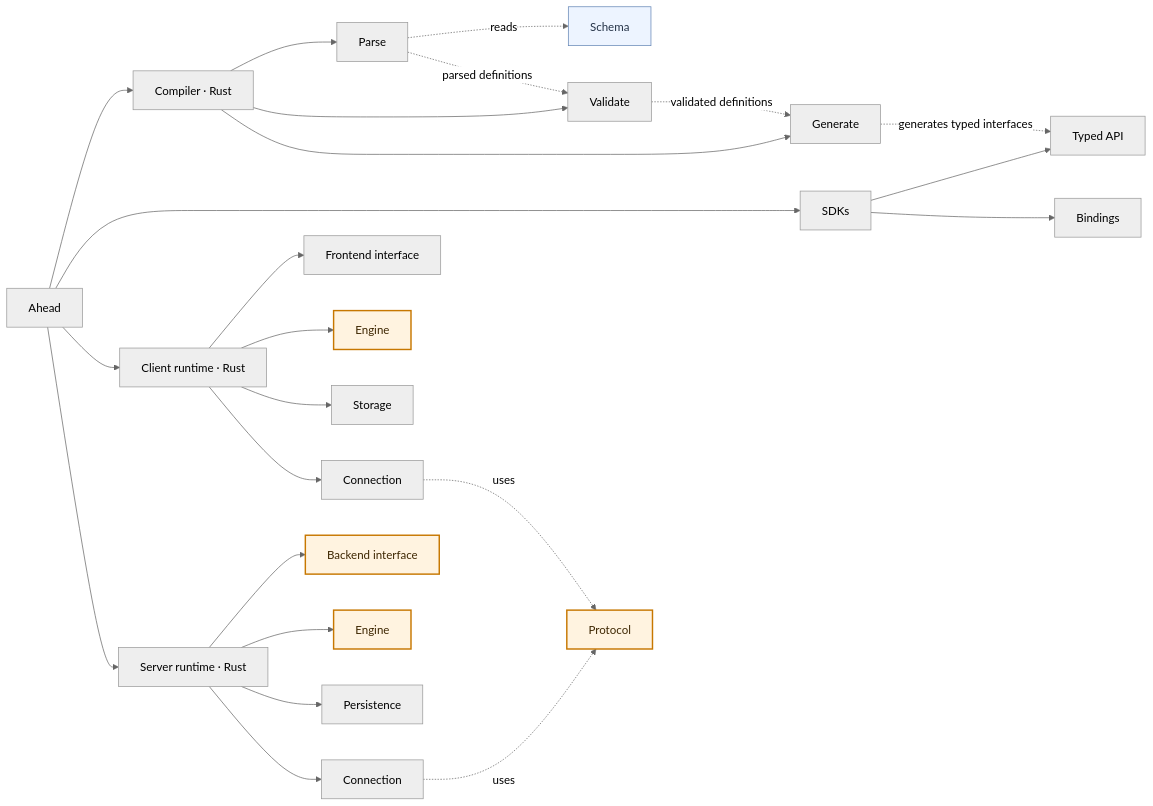
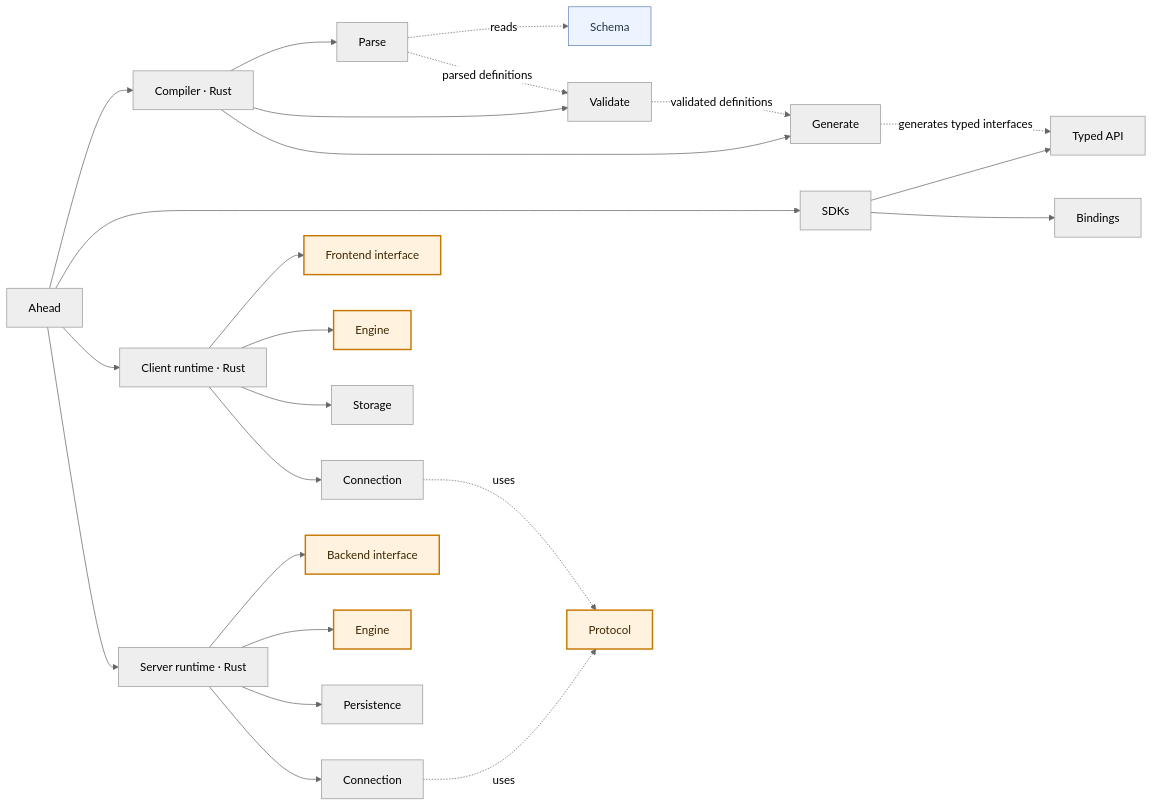
One commit to zanminwang/ahead changed the diagram in docs/engineering/architecture.md. Above: the diagram before and after it, drawn with Mermaid (neutral theme). The commit also changed other lines of this file, not shown here.

Commit message:
Docs: the frontend interface is a core part too

````diff
--- a/docs/engineering/architecture.md
+++ b/docs/engineering/architecture.md
@@ -57,41 +58,41 @@
 ```mermaid
 flowchart LR
     A["Ahead"]
 
     A --> C["Compiler · Rust"]
     C --> CP["Parse"]
     C --> CV["Validate"]
     C --> CG["Generate"]
 
     A --> SDK["SDKs"]
     SDK --> API["Typed API"]
     SDK --> B["Bindings"]
 
     A --> CL["Client runtime · Rust"]
     CL --> CF["Frontend interface"]
     CL --> CE["Engine"]
     CL --> CS["Storage"]
     CL --> CC["Connection"]
 
     A --> SR["Server runtime · Rust"]
     SR --> SB["Backend interface"]
     SR --> SE["Engine"]
     SR --> SP["Persistence"]
     SR --> SC["Connection"]
 
     SCH["Schema"]
     PRO["Protocol"]
 
     CP -. reads .-> SCH
     CP -. parsed definitions .-> CV
     CV -. validated definitions .-> CG
     CG -. generates typed interfaces .-> API
 
     CC -. uses .-> PRO
     SC -. uses .-> PRO
 
     classDef contract fill:#edf4ff,stroke:#6485b5,color:#243247;
     classDef core fill:#fff3e0,stroke:#c77700,color:#3d2600,stroke-width:2px;
     class SCH contract;
-    class PRO,CE,SE,SB core;
+    class PRO,CE,CF,SE,SB core;
 ```
````
